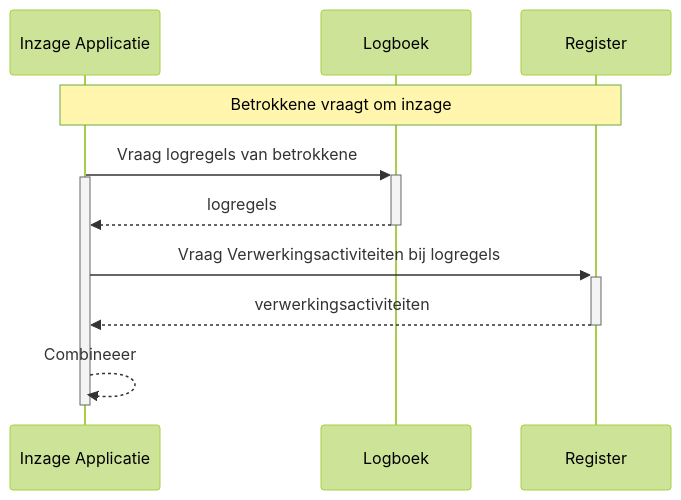
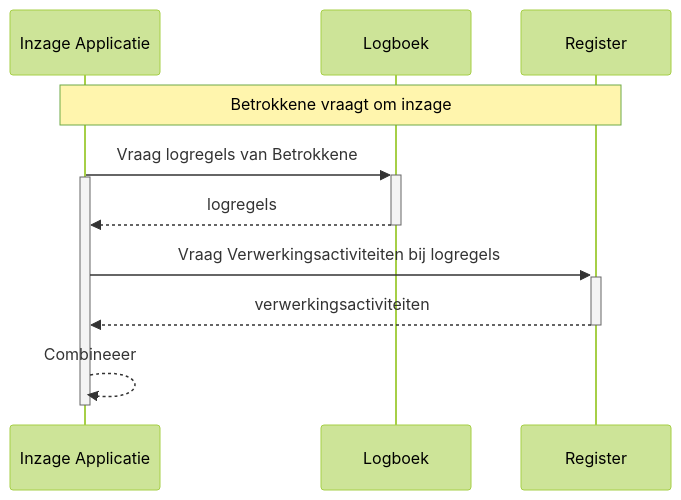
The second of 2 diagrams in sections/02-architectuur/04-flows.md (MinBZK/logboek-dataverwerkingen), drawn with Mermaid (forest theme) before and after one commit. The commit also changed 13 other files, not shown here.

````diff
--- a/sections/02-architectuur/04-flows.md
+++ b/sections/02-architectuur/04-flows.md
@@ -22,14 +22,14 @@
 ```mermaid
 sequenceDiagram
     participant F as Inzage Applicatie
     participant L as Logboek
     participant R as Register
     Note over F, R: Betrokkene vraagt om inzage
-    F->>+L: Vraag logregels van betrokkene
+    F->>+L: Vraag logregels van Betrokkene
     Activate F
     L-->>-F: logregels
     F->>+R: Vraag Verwerkingsactiviteiten bij logregels
     R-->>-F: verwerkingsactiviteiten
     F-->>F: Combineeer
     Deactivate F
 ```
````
